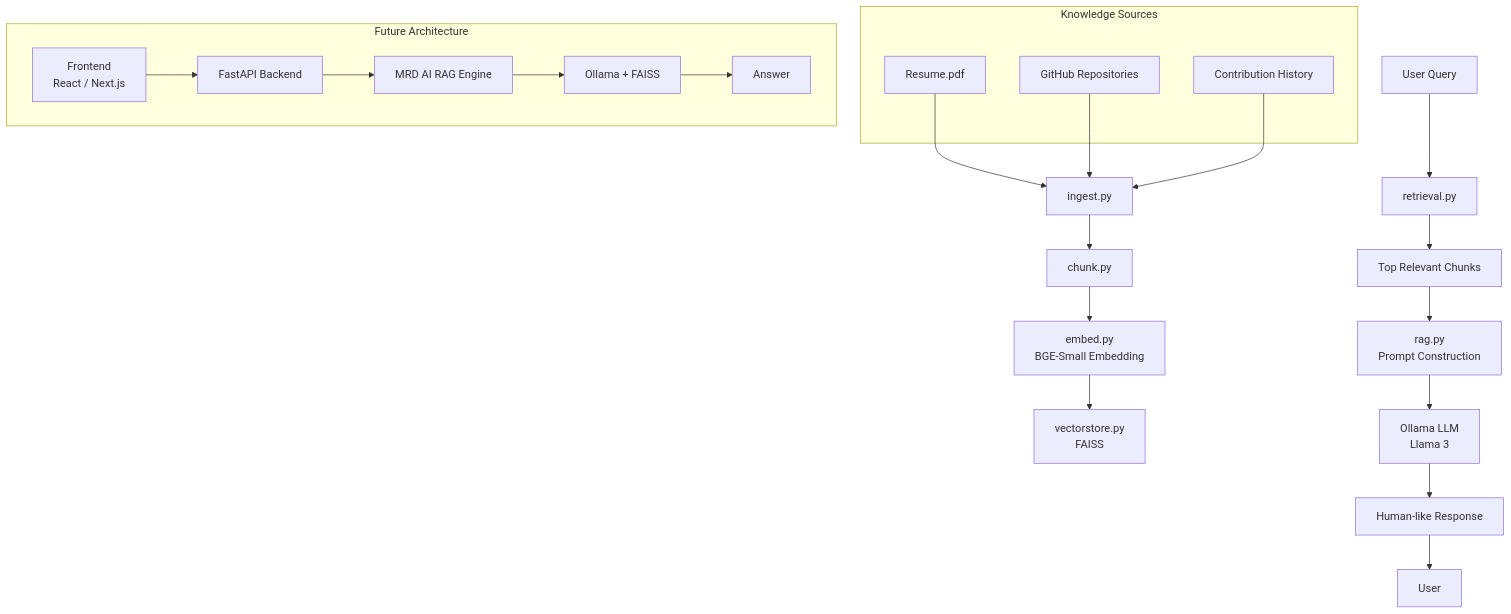
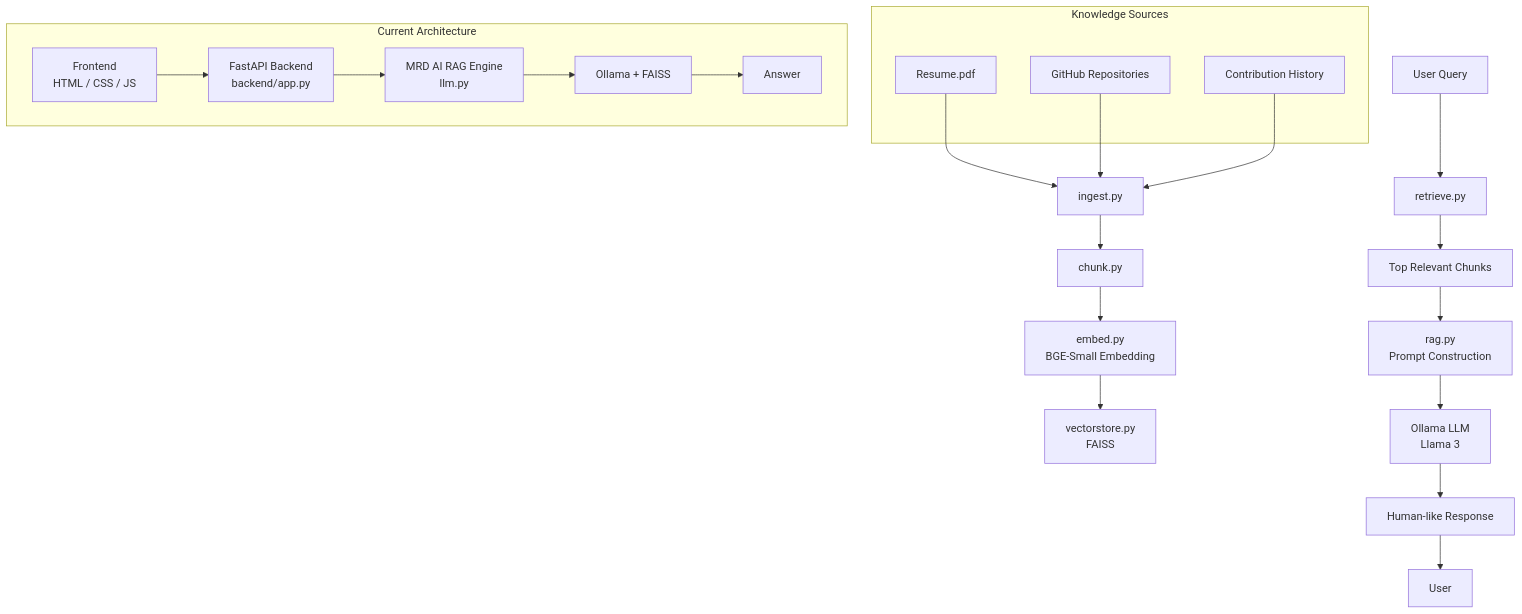
Before and after one commit to Manas-Dikshit/Personal_Knowldege_Assistant: the diagram in Overall_Architecture.md, drawn with Mermaid. The commit also changed 3 other files, not shown here.

Commit message:
Rewrite README.md (was UTF-16) with current architecture; add tests

````diff
--- a/Overall_Architecture.md
+++ b/Overall_Architecture.md
@@ -3,32 +3,31 @@
 ```mermaid
 flowchart TD
 
     subgraph Knowledge Sources
         A[Resume.pdf]
         B[GitHub Repositories]
         C[Contribution History]
     end
 
     A --> D[ingest.py]
     B --> D
     C --> D
 
     D --> E[chunk.py]
     E --> F[embed.py<br/>BGE-Small Embedding]
     F --> G[vectorstore.py<br/>FAISS]
 
-    H[User Query] --> I[retrieval.py]
+    H[User Query] --> I[retrieve.py]
     I --> J[Top Relevant Chunks]
     J --> K[rag.py<br/>Prompt Construction]
     K --> L[Ollama LLM<br/>Llama 3]
     L --> M[Human-like Response]
     M --> N[User]
 
-    subgraph Future Architecture
-        O[Frontend<br/>React / Next.js]
-        O --> P[FastAPI Backend]
-        P --> Q[MRD AI RAG Engine]
+    subgraph Current Architecture
+        O[Frontend<br/>HTML / CSS / JS] --> P[FastAPI Backend<br/>backend/app.py]
+        P --> Q[MRD AI RAG Engine<br/>llm.py]
         Q --> R[Ollama + FAISS]
         R --> S[Answer]
     end
 ```
````
